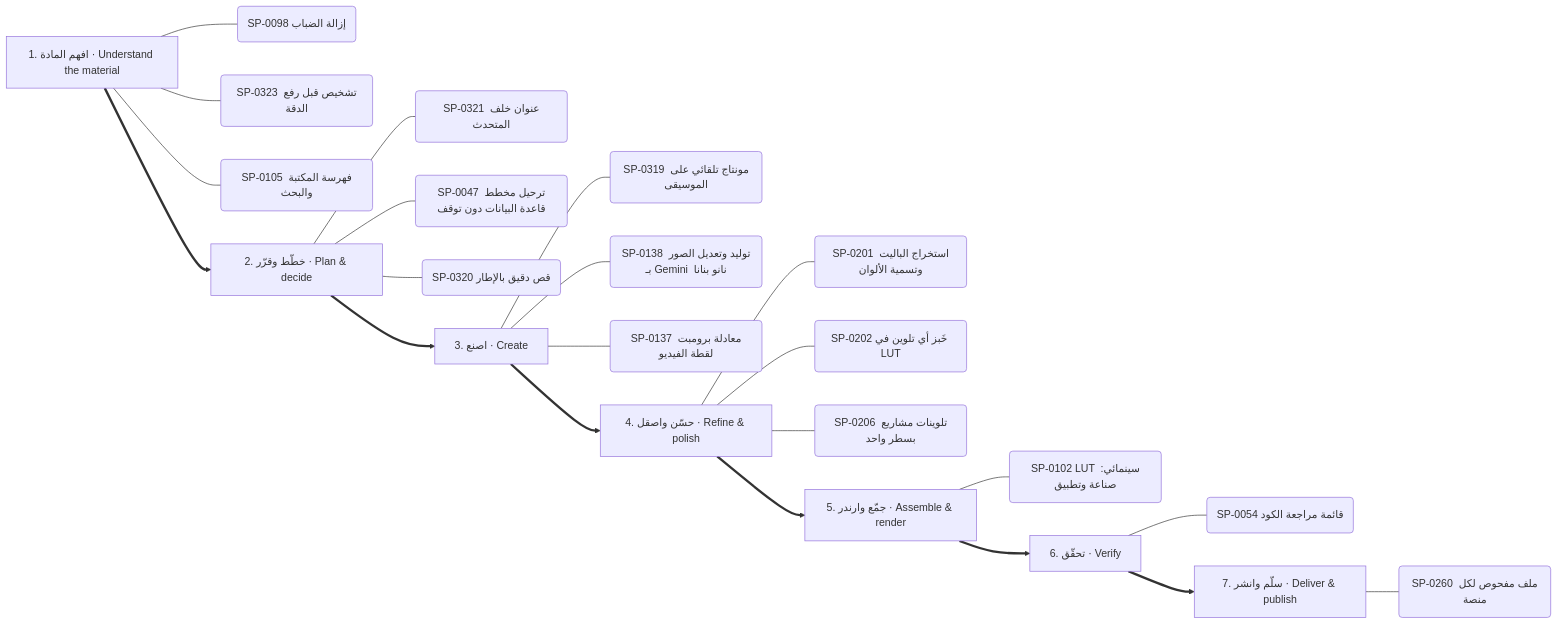
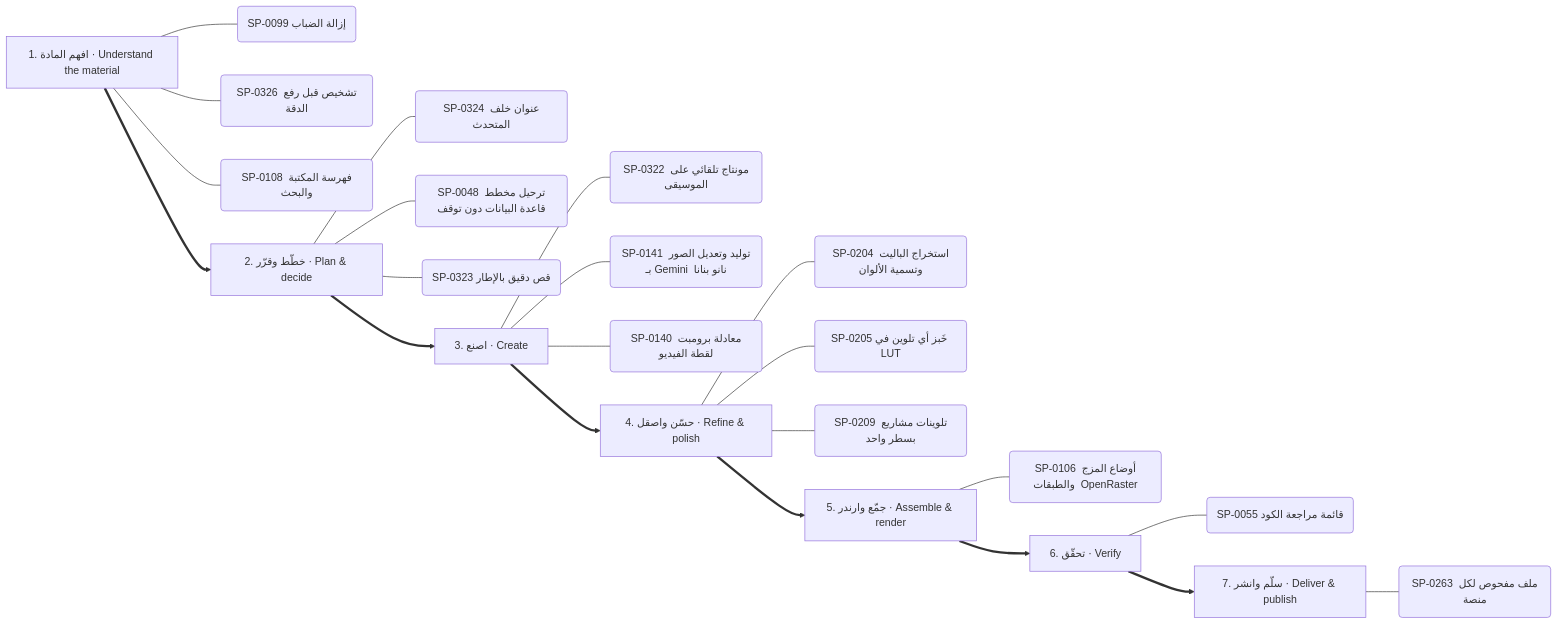
One commit to kosif199022-jpg/kosif-tool changed the seventh of 13 diagrams in .claude/skills/kosif-superpowers/references/capability-mindmap.md. Above: the diagram before and after it, drawn with Mermaid. The commit also changed other lines of this file and 37 other files, not shown here.

````diff
--- a/.claude/skills/kosif-superpowers/references/capability-mindmap.md
+++ b/.claude/skills/kosif-superpowers/references/capability-mindmap.md
@@ -361,31 +362,31 @@
 ```mermaid
 flowchart LR
   S0["1. افهم المادة · Understand the material"]
-  S0 --- S0_0("SP-0098 إزالة الضباب")
-  S0 --- S0_1("SP-0323 تشخيص قبل رفع الدقة")
-  S0 --- S0_2("SP-0105 فهرسة المكتبة والبحث")
+  S0 --- S0_0("SP-0099 إزالة الضباب")
+  S0 --- S0_1("SP-0326 تشخيص قبل رفع الدقة")
+  S0 --- S0_2("SP-0108 فهرسة المكتبة والبحث")
   S1["2. خطّط وقرّر · Plan & decide"]
-  S1 --- S1_0("SP-0321 عنوان خلف المتحدث")
-  S1 --- S1_1("SP-0047 ترحيل مخطط قاعدة البيانات دون توقف")
-  S1 --- S1_2("SP-0320 قص دقيق بالإطار")
+  S1 --- S1_0("SP-0324 عنوان خلف المتحدث")
+  S1 --- S1_1("SP-0048 ترحيل مخطط قاعدة البيانات دون توقف")
+  S1 --- S1_2("SP-0323 قص دقيق بالإطار")
   S0 ==> S1
   S2["3. اصنع · Create"]
-  S2 --- S2_0("SP-0319 مونتاج تلقائي على الموسيقى")
-  S2 --- S2_1("SP-0138 توليد وتعديل الصور بـ Gemini  نانو بنانا ")
-  S2 --- S2_2("SP-0137 معادلة برومبت لقطة الفيديو")
+  S2 --- S2_0("SP-0322 مونتاج تلقائي على الموسيقى")
+  S2 --- S2_1("SP-0141 توليد وتعديل الصور بـ Gemini  نانو بنانا ")
+  S2 --- S2_2("SP-0140 معادلة برومبت لقطة الفيديو")
   S1 ==> S2
   S3["4. حسّن واصقل · Refine & polish"]
-  S3 --- S3_0("SP-0201 استخراج الباليت وتسمية الألوان")
-  S3 --- S3_1("SP-0202 خَبز أي تلوين في LUT")
-  S3 --- S3_2("SP-0206 تلوينات مشاريع بسطر واحد")
+  S3 --- S3_0("SP-0204 استخراج الباليت وتسمية الألوان")
+  S3 --- S3_1("SP-0205 خَبز أي تلوين في LUT")
+  S3 --- S3_2("SP-0209 تلوينات مشاريع بسطر واحد")
   S2 ==> S3
   S4["5. جمّع وارندر · Assemble & render"]
-  S4 --- S4_0("SP-0102 LUT سينمائي: صناعة وتطبيق")
+  S4 --- S4_0("SP-0106 أوضاع المزج والطبقات  OpenRaster ")
   S3 ==> S4
   S5["6. تحقّق · Verify"]
-  S5 --- S5_0("SP-0054 قائمة مراجعة الكود")
+  S5 --- S5_0("SP-0055 قائمة مراجعة الكود")
   S4 ==> S5
   S6["7. سلّم وانشر · Deliver & publish"]
-  S6 --- S6_0("SP-0260 ملف مفحوص لكل منصة")
+  S6 --- S6_0("SP-0263 ملف مفحوص لكل منصة")
   S5 ==> S6
 ```
````
